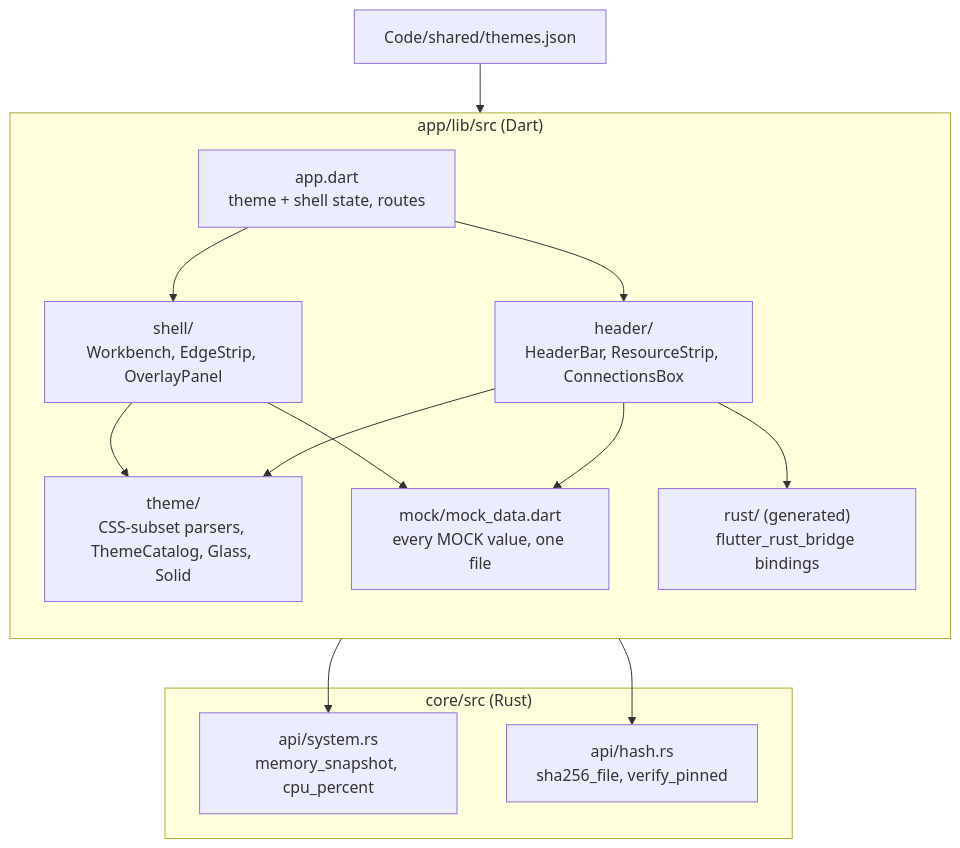
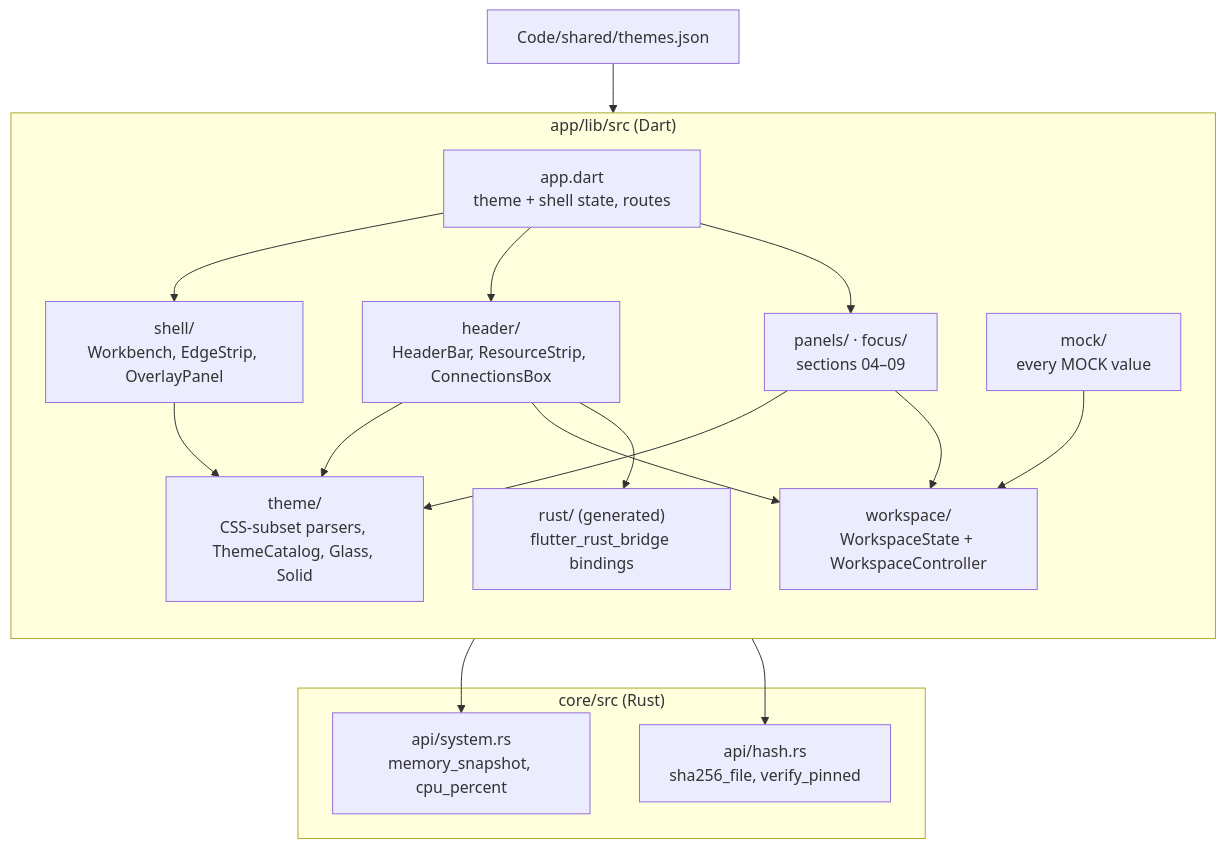
One commit to 87Supreme-cell/Ermias changed the diagram in docs/ARCHITECTURE.md. Above: the diagram before and after it, drawn with Mermaid. The commit also changed other lines of this file and 3 other files, not shown here.

Commit message:
docs: README, architecture and WO-2 smoke results

````diff
--- a/docs/ARCHITECTURE.md
+++ b/docs/ARCHITECTURE.md
@@ -7,21 +7,24 @@
 ```mermaid
 flowchart TB
   subgraph UI["app/lib/src (Dart)"]
     direction TB
     App["app.dart<br/>theme + shell state, routes"]
     Shell["shell/<br/>Workbench, EdgeStrip, OverlayPanel"]
     Header["header/<br/>HeaderBar, ResourceStrip, ConnectionsBox"]
     Theme["theme/<br/>CSS-subset parsers, ThemeCatalog, Glass, Solid"]
-    Mock["mock/mock_data.dart<br/>every MOCK value, one file"]
+    Panels["panels/ · focus/<br/>sections 04–09"]
+    WS["workspace/<br/>WorkspaceState + WorkspaceController"]
+    Mock["mock/<br/>every MOCK value"]
     Bridge["rust/ (generated)<br/>flutter_rust_bridge bindings"]
   end
   subgraph Core["core/src (Rust)"]
     Sys["api/system.rs<br/>memory_snapshot, cpu_percent"]
     Hash["api/hash.rs<br/>sha256_file, verify_pinned"]
   end
   Json["Code/shared/themes.json"] --> Theme
-  App --> Shell & Header
-  Shell & Header --> Theme
-  Shell & Header --> Mock
+  App --> Shell & Header & Panels
+  Shell & Header & Panels --> Theme
+  Header & Panels --> WS
+  Mock --> WS
   Header --> Bridge --> Sys & Hash
 ```
````
